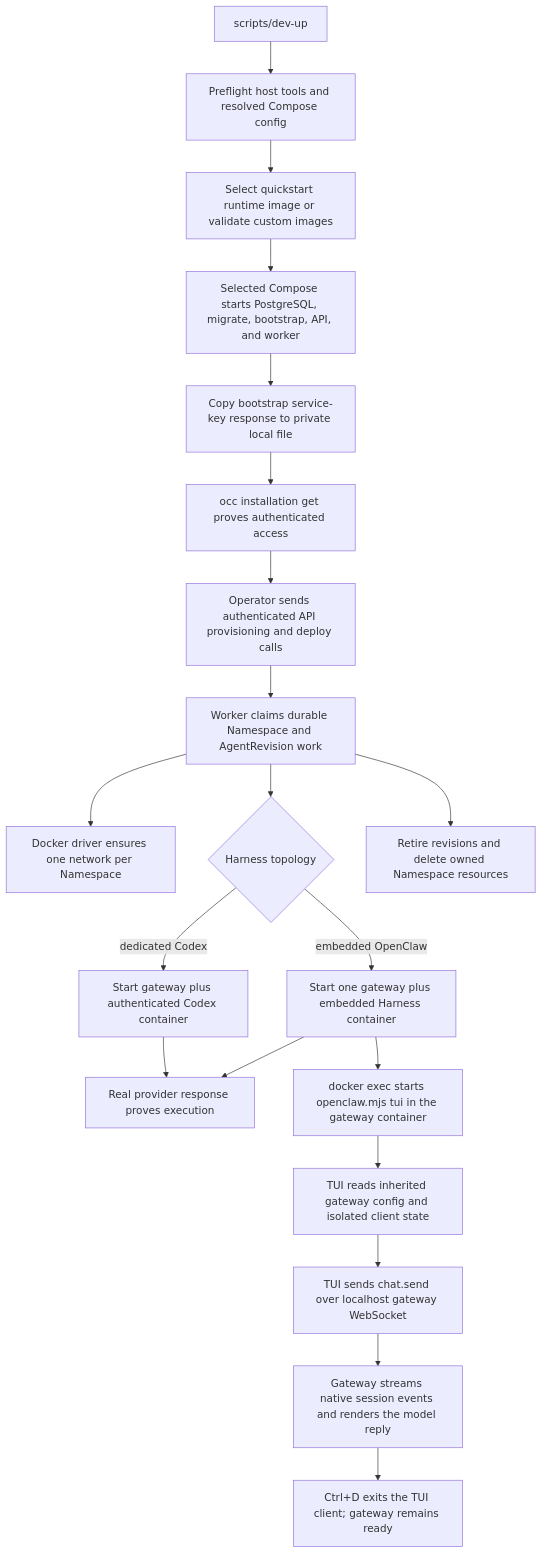
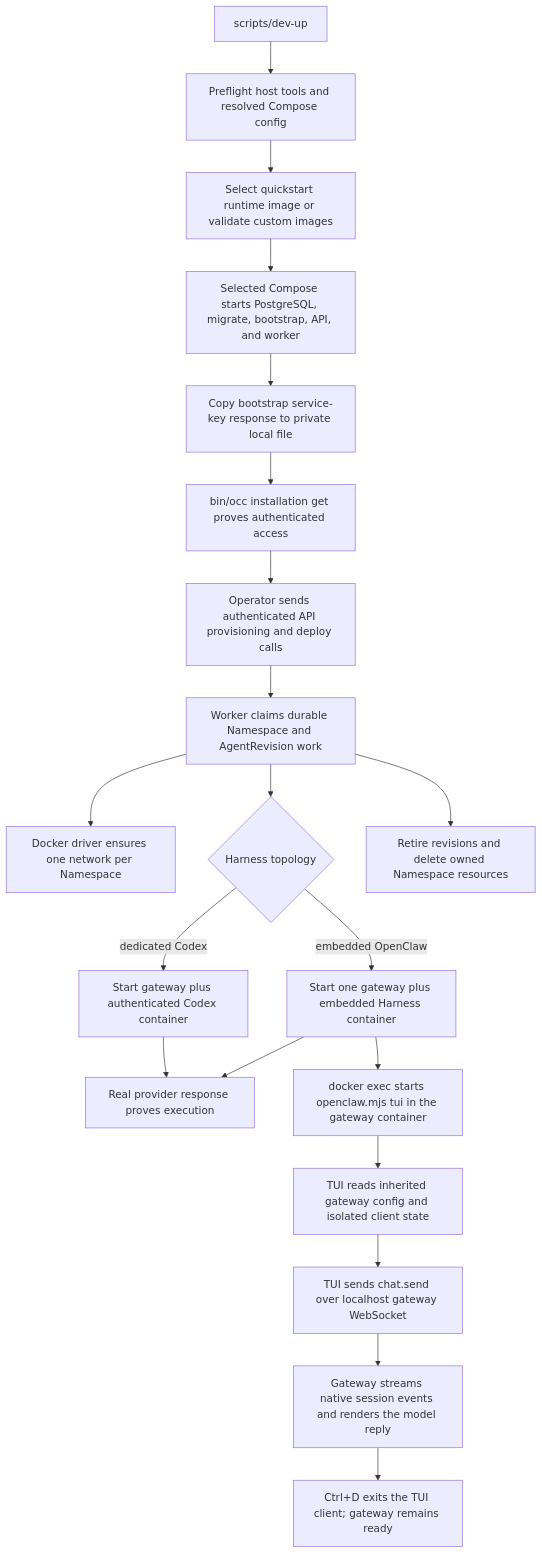
The diagram in docs/flows/docker-compose-development.md (IsaiahStapleton/openclaw-enterprise), drawn with Mermaid before and after one commit. The commit also changed other lines of this file and 8 other files, not shown here.

````diff
--- a/docs/flows/docker-compose-development.md
+++ b/docs/flows/docker-compose-development.md
@@ -59,22 +60,22 @@
 ```mermaid
 graph TD
   A["scripts/dev-up"] --> B["Preflight host tools and resolved Compose config"]
   B --> C["Select quickstart runtime image or validate custom images"]
   C --> D["Selected Compose starts PostgreSQL, migrate, bootstrap, API, and worker"]
   D --> E["Copy bootstrap service-key response to private local file"]
-  E --> F["occ installation get proves authenticated access"]
+  E --> F["bin/occ installation get proves authenticated access"]
   F --> G["Operator sends authenticated API provisioning and deploy calls"]
   G --> H["Worker claims durable Namespace and AgentRevision work"]
   H --> I["Docker driver ensures one network per Namespace"]
   H --> J{"Harness topology"}
   J -->|embedded OpenClaw| K["Start one gateway plus embedded Harness container"]
   J -->|dedicated Codex| L["Start gateway plus authenticated Codex container"]
   K --> M["Real provider response proves execution"]
   L --> M
   K --> N["docker exec starts openclaw.mjs tui in the gateway container"]
   N --> O["TUI reads inherited gateway config and isolated client state"]
   O --> P["TUI sends chat.send over localhost gateway WebSocket"]
   P --> Q["Gateway streams native session events and renders the model reply"]
   Q --> R["Ctrl+D exits the TUI client; gateway remains ready"]
   H --> S["Retire revisions and delete owned Namespace resources"]
 ```
````
